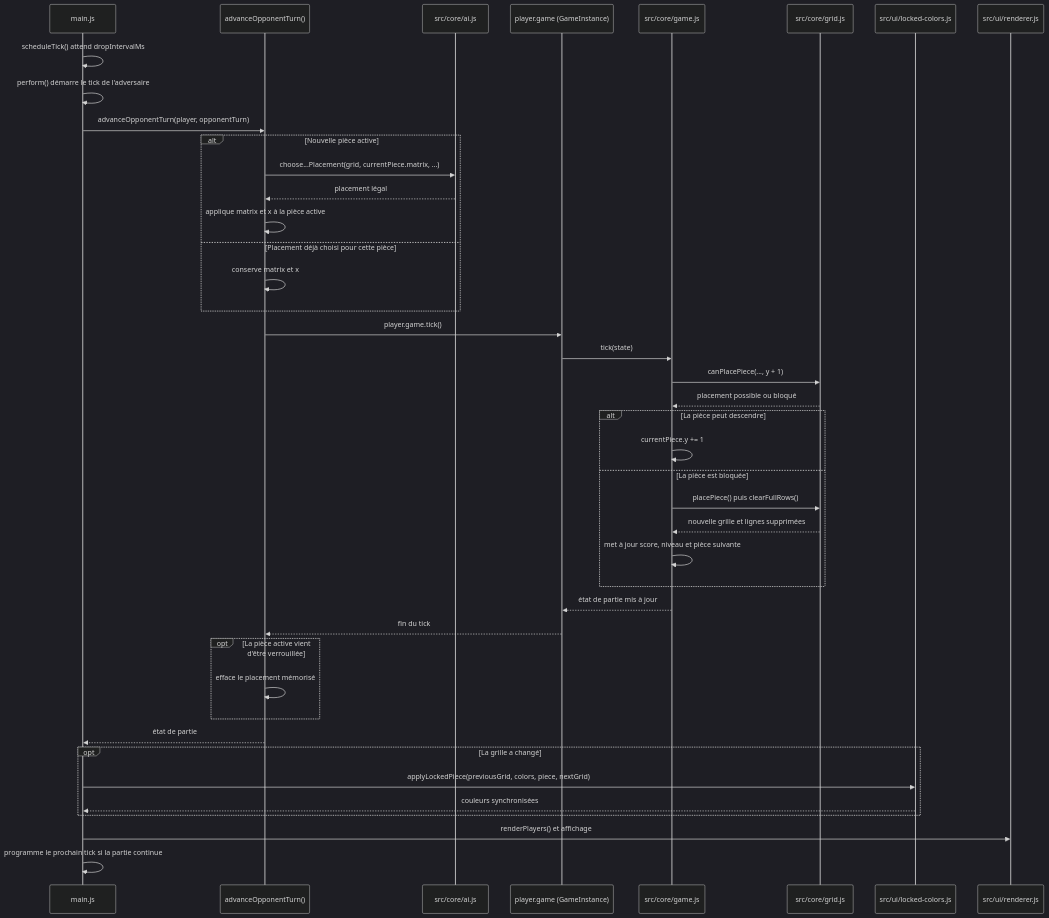
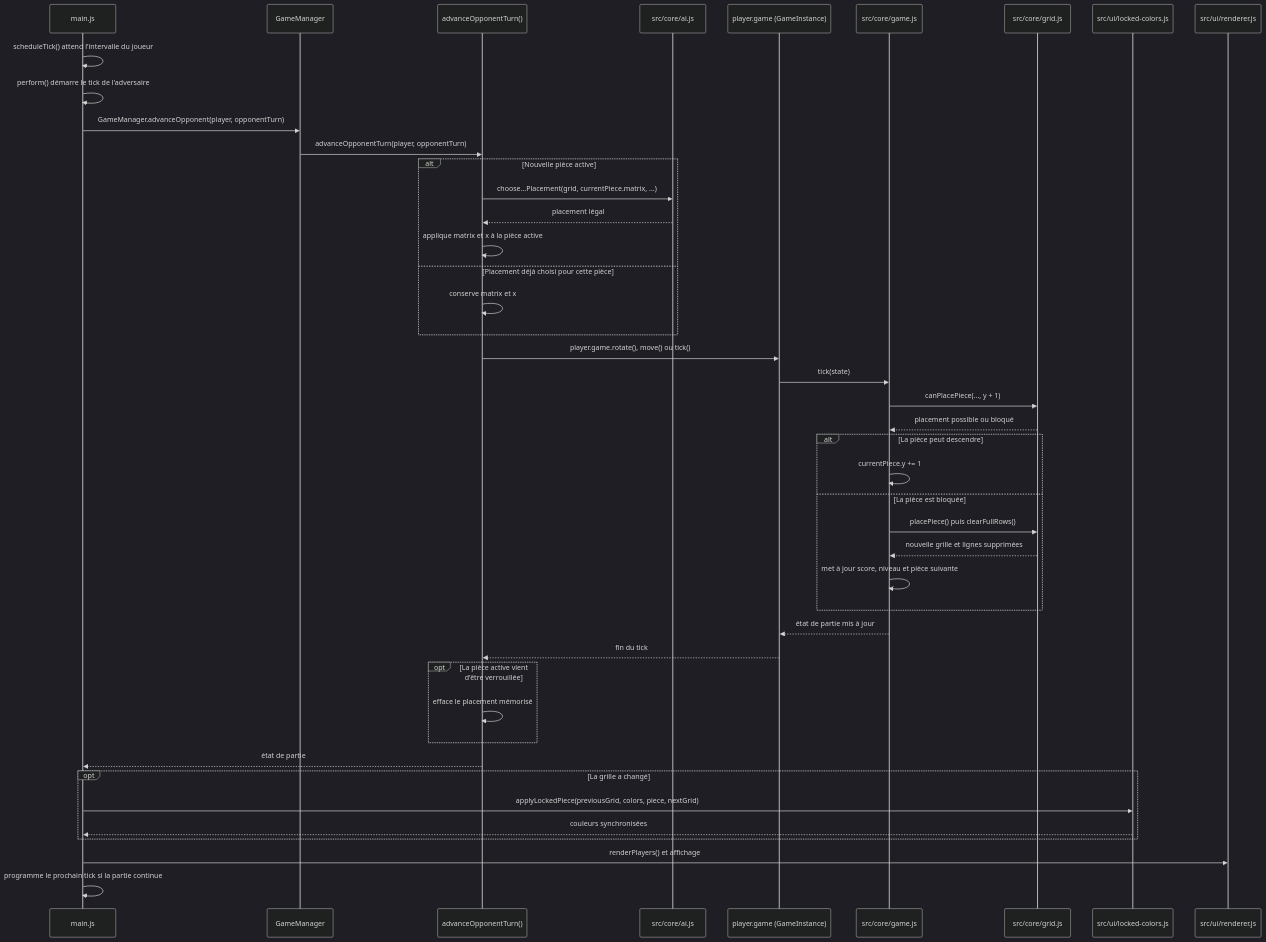
One commit to TALEBWISSAME/TETRIS-Jeu changed the second of 2 diagrams in docs/ARCHITECTURE.md. Above: the diagram before and after it, drawn with Mermaid (dark theme). The commit also changed other lines of this file and 22 other files, not shown here.

````diff
--- a/docs/ARCHITECTURE.md
+++ b/docs/ARCHITECTURE.md
@@ -198,45 +200,47 @@
 ```mermaid
 sequenceDiagram
     participant Main as main.js
+    participant Manager as GameManager
     participant Turn as advanceOpponentTurn()
     participant AI as src/core/ai.js
     participant Instance as player.game (GameInstance)
     participant Engine as src/core/game.js
     participant Grid as src/core/grid.js
     participant Colors as src/ui/locked-colors.js
     participant Renderer as src/ui/renderer.js
 
-    Main->>Main: scheduleTick() attend dropIntervalMs
+    Main->>Main: scheduleTick() attend l'intervalle du joueur
     Main->>Main: perform() démarre le tick de l'adversaire
-    Main->>Turn: advanceOpponentTurn(player, opponentTurn)
+    Main->>Manager: GameManager.advanceOpponent(player, opponentTurn)
+    Manager->>Turn: advanceOpponentTurn(player, opponentTurn)
     alt Nouvelle pièce active
         Turn->>AI: choose...Placement(grid, currentPiece.matrix, ...)
         AI-->>Turn: placement légal
         Turn->>Turn: applique matrix et x à la pièce active
     else Placement déjà choisi pour cette pièce
         Turn->>Turn: conserve matrix et x
     end
-    Turn->>Instance: player.game.tick()
+    Turn->>Instance: player.game.rotate(), move() ou tick()
     Instance->>Engine: tick(state)
     Engine->>Grid: canPlacePiece(..., y + 1)
     Grid-->>Engine: placement possible ou bloqué
     alt La pièce peut descendre
         Engine->>Engine: currentPiece.y += 1
     else La pièce est bloquée
         Engine->>Grid: placePiece() puis clearFullRows()
         Grid-->>Engine: nouvelle grille et lignes supprimées
         Engine->>Engine: met à jour score, niveau et pièce suivante
     end
     Engine-->>Instance: état de partie mis à jour
     Instance-->>Turn: fin du tick
     opt La pièce active vient d'être verrouillée
         Turn->>Turn: efface le placement mémorisé
     end
     Turn-->>Main: état de partie
     opt La grille a changé
         Main->>Colors: applyLockedPiece(previousGrid, colors, piece, nextGrid)
         Colors-->>Main: couleurs synchronisées
     end
     Main->>Renderer: renderPlayers() et affichage
     Main->>Main: programme le prochain tick si la partie continue
 ```
````
